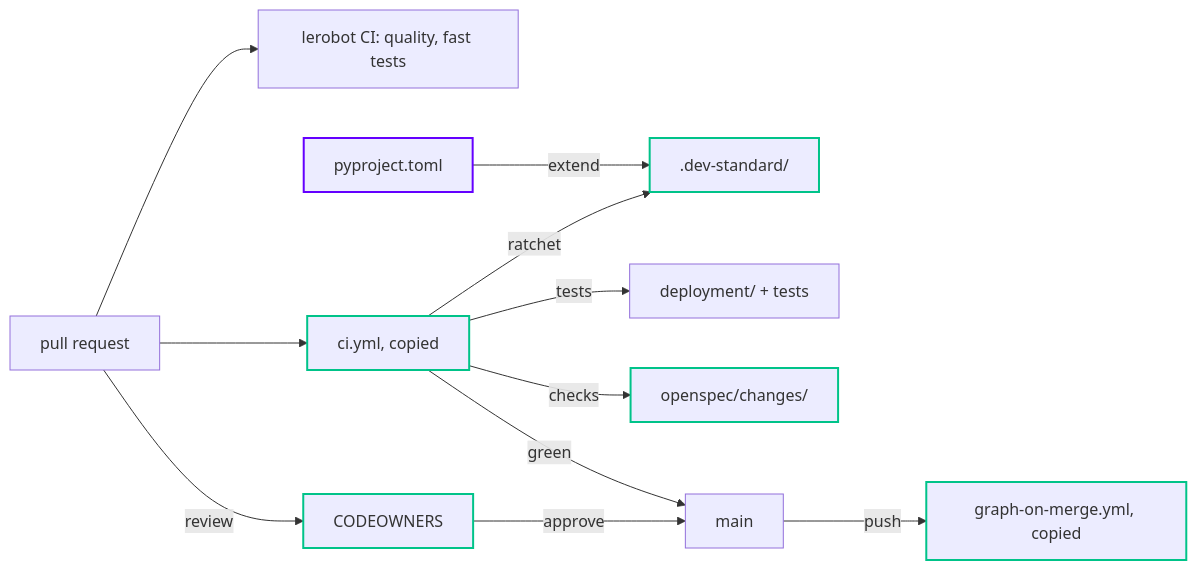
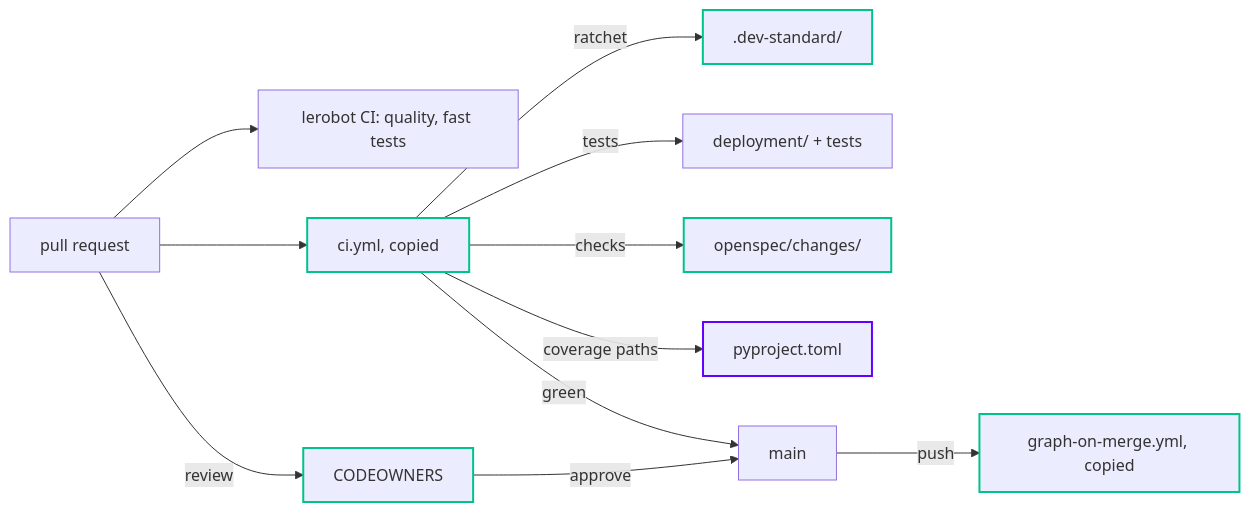
One commit to tiiuae/lerobot-edge changed the first of 2 diagrams in openspec/changes/adopt-standard/design.md. Above: the diagram before and after it, drawn with Mermaid. The commit also changed other lines of this file and 5 other files, not shown here.

````diff
--- a/openspec/changes/adopt-standard/design.md
+++ b/openspec/changes/adopt-standard/design.md
@@ -18,16 +18,16 @@
 ```mermaid
 flowchart LR
   pr[pull request] --> lci[lerobot CI: quality, fast tests]
   pr --> ci[ci.yml, copied]:::new
   ci -->|ratchet| base[.dev-standard/]:::new
   ci -->|tests| deploy[deployment/ + tests]
   ci -->|checks| change[openspec/changes/]:::new
-  py[pyproject.toml]:::changed -->|extend| base
+  ci -->|coverage paths| py[pyproject.toml]:::changed
   pr -->|review| owners[CODEOWNERS]:::new
   owners -->|approve| main[main]
   ci -->|green| main
   main -->|push| gom[graph-on-merge.yml, copied]:::new
   classDef new stroke:#00c389,stroke-width:2px
   classDef changed stroke:#6400ff,stroke-width:2px
   classDef removed stroke:#e5484d,stroke-width:2px,stroke-dasharray:4 3
 ```
````
